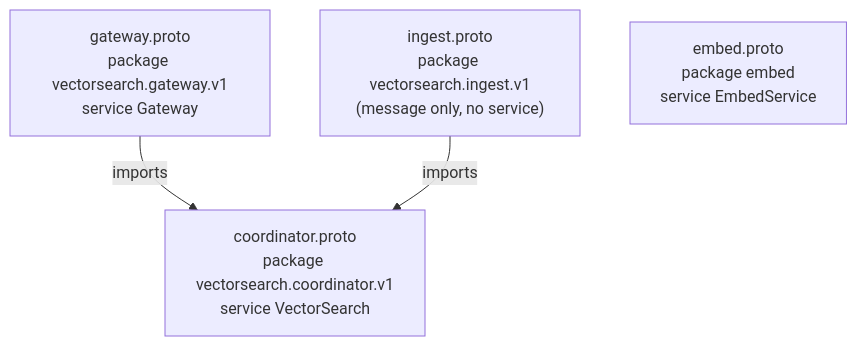
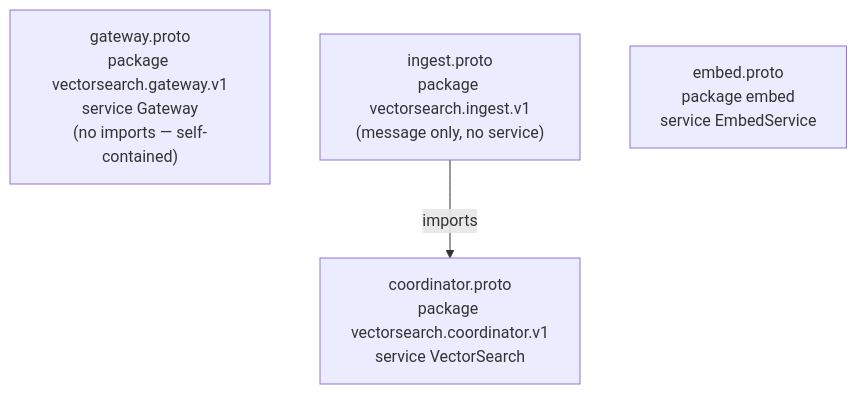
One commit to Razeefshaik/vectorsearch-gateway changed the second of 10 diagrams in docs/ARCHITECTURE.md. Above: the diagram before and after it, drawn with Mermaid. The commit also changed other lines of this file and 4 other files, not shown here.

First line of the commit message:
Give gateway.proto its own types, decoupling callers from coordinator.proto

````diff
--- a/docs/ARCHITECTURE.md
+++ b/docs/ARCHITECTURE.md
@@ -102,10 +108,9 @@
 ```mermaid
 flowchart TD
     coordinator["coordinator.proto\npackage vectorsearch.coordinator.v1\nservice VectorSearch"]
-    gateway["gateway.proto\npackage vectorsearch.gateway.v1\nservice Gateway"]
+    gateway["gateway.proto\npackage vectorsearch.gateway.v1\nservice Gateway\n(no imports — self-contained)"]
     ingest["ingest.proto\npackage vectorsearch.ingest.v1\n(message only, no service)"]
     embed["embed.proto\npackage embed\nservice EmbedService"]
 
-    gateway -->|imports| coordinator
     ingest -->|imports| coordinator
 ```
````
